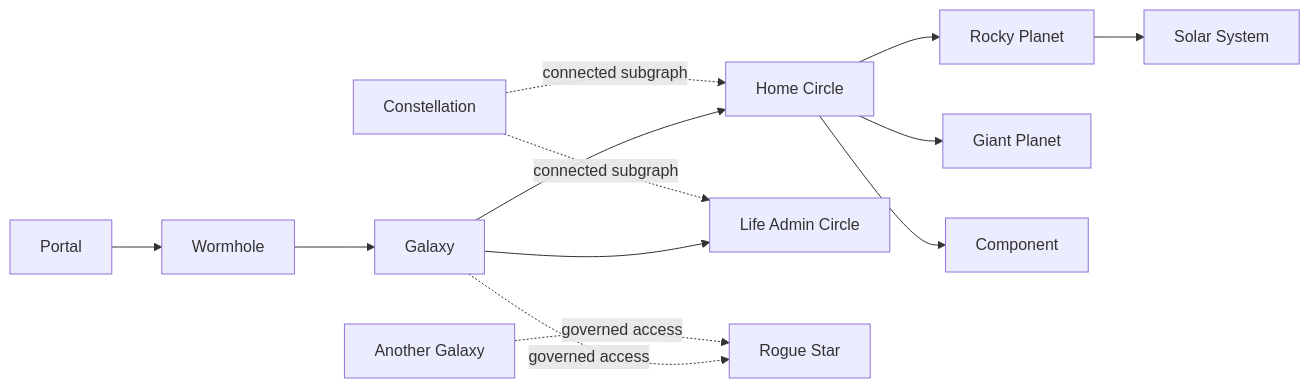
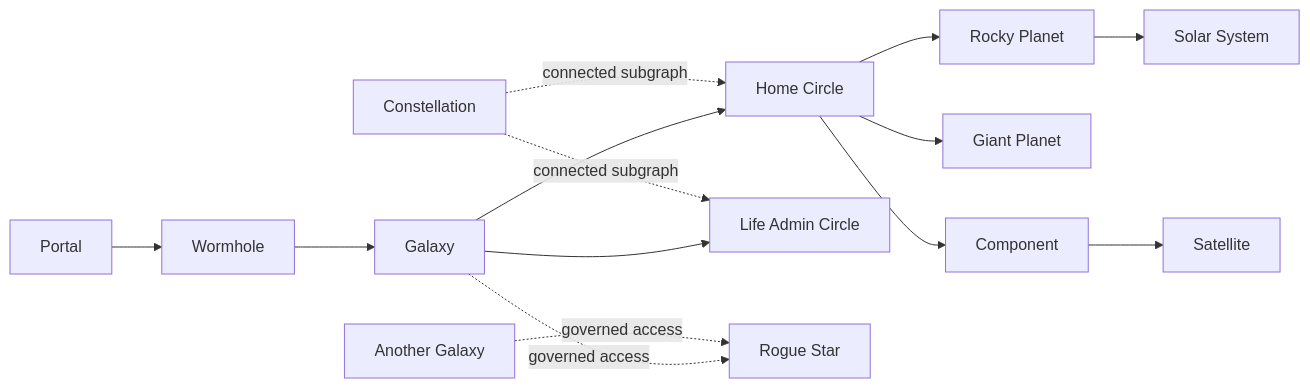
The diagram in docs/architecture/galaxy-terminology.md (deep-saket/easy_agents), drawn with Mermaid before and after one commit. The commit also changed other lines of this file and 12 other files, not shown here.

````diff
--- a/docs/architecture/galaxy-terminology.md
+++ b/docs/architecture/galaxy-terminology.md
@@ -12,15 +12,16 @@
 ```mermaid
 flowchart LR
     Portal[Portal] --> Wormhole[Wormhole]
     Wormhole --> Galaxy[Galaxy]
     Galaxy --> Home[Home Circle]
     Galaxy --> Admin[Life Admin Circle]
     Home --> Rocky[Rocky Planet]
     Home --> Giant[Giant Planet]
     Home --> Component[Component]
+    Component --> Satellite[Satellite]
     Constellation[Constellation] -. connected subgraph .-> Home
     Constellation -. connected subgraph .-> Admin
     Rocky --> SolarSystem[Solar System]
     Galaxy -. governed access .-> Rogue[Rogue Star]
     OtherGalaxy[Another Galaxy] -. governed access .-> Rogue
 ```
````
